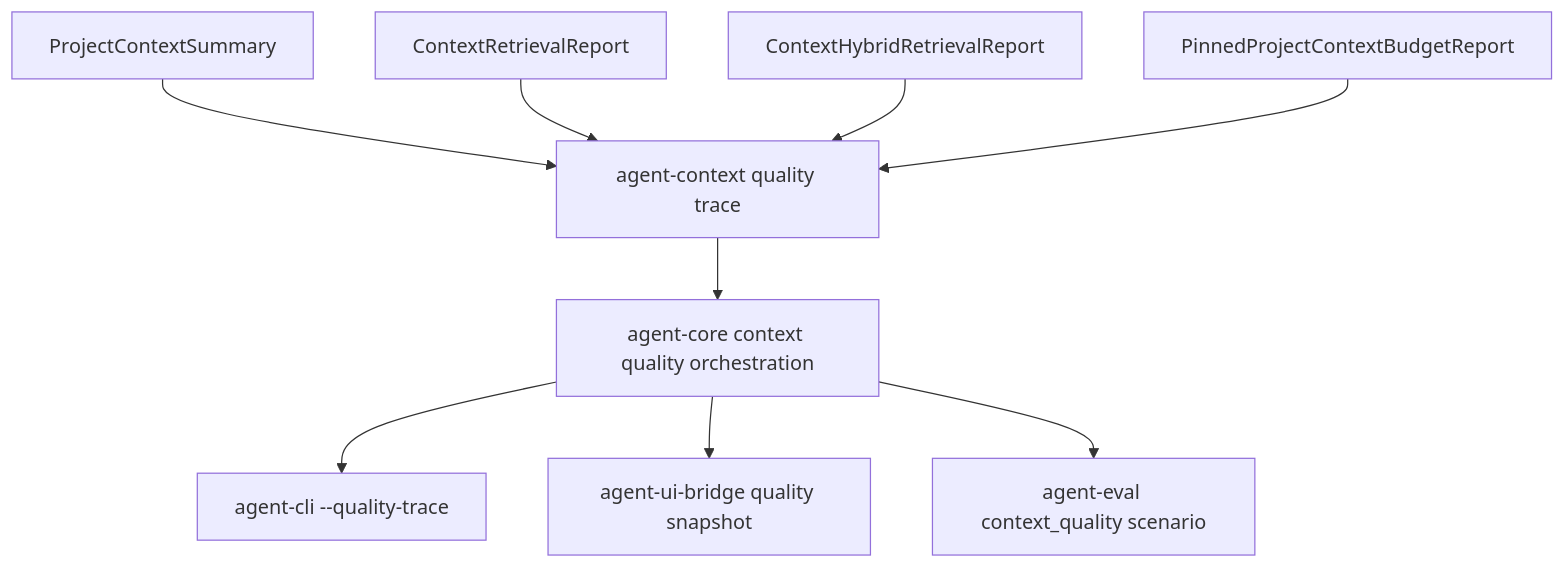
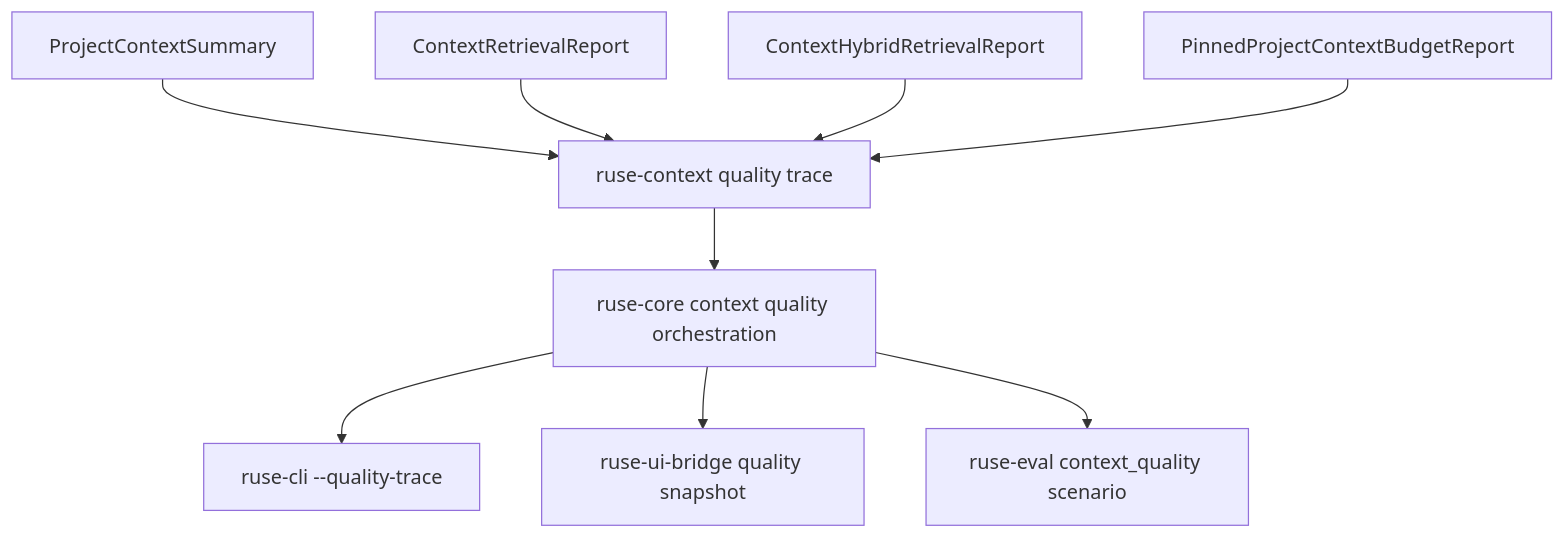
The diagram in docs/specs/M58-05-context-quality-traces-eval.spec.md (poneding/agent), drawn with Mermaid before and after one commit. The commit also changed other lines of this file and 2091 other files, not shown here.

First line of the commit message:
refactor: rename agent branding to ruse

````diff
--- a/docs/specs/M58-05-context-quality-traces-eval.spec.md
+++ b/docs/specs/M58-05-context-quality-traces-eval.spec.md
@@ -36,11 +36,11 @@
 ```mermaid
 flowchart TD
-  Summary["ProjectContextSummary"] --> Quality["agent-context quality trace"]
+  Summary["ProjectContextSummary"] --> Quality["ruse-context quality trace"]
   Retrieval["ContextRetrievalReport"] --> Quality
   Hybrid["ContextHybridRetrievalReport"] --> Quality
   Pinned["PinnedProjectContextBudgetReport"] --> Quality
-  Quality --> Core["agent-core context quality orchestration"]
-  Core --> CLI["agent-cli --quality-trace"]
-  Core --> Bridge["agent-ui-bridge quality snapshot"]
-  Core --> Eval["agent-eval context_quality scenario"]
+  Quality --> Core["ruse-core context quality orchestration"]
+  Core --> CLI["ruse-cli --quality-trace"]
+  Core --> Bridge["ruse-ui-bridge quality snapshot"]
+  Core --> Eval["ruse-eval context_quality scenario"]
 ```
````
